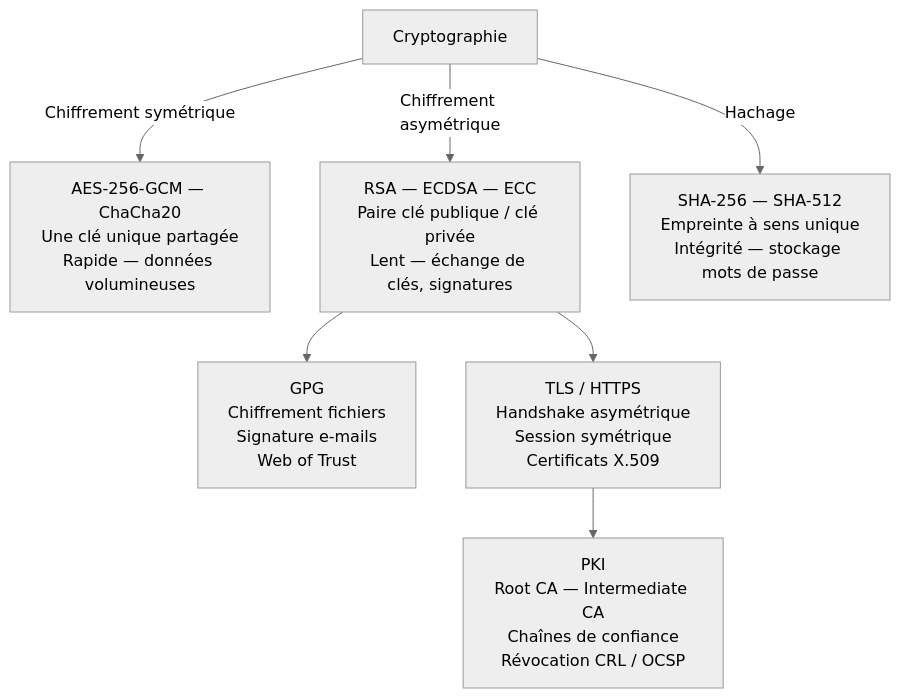
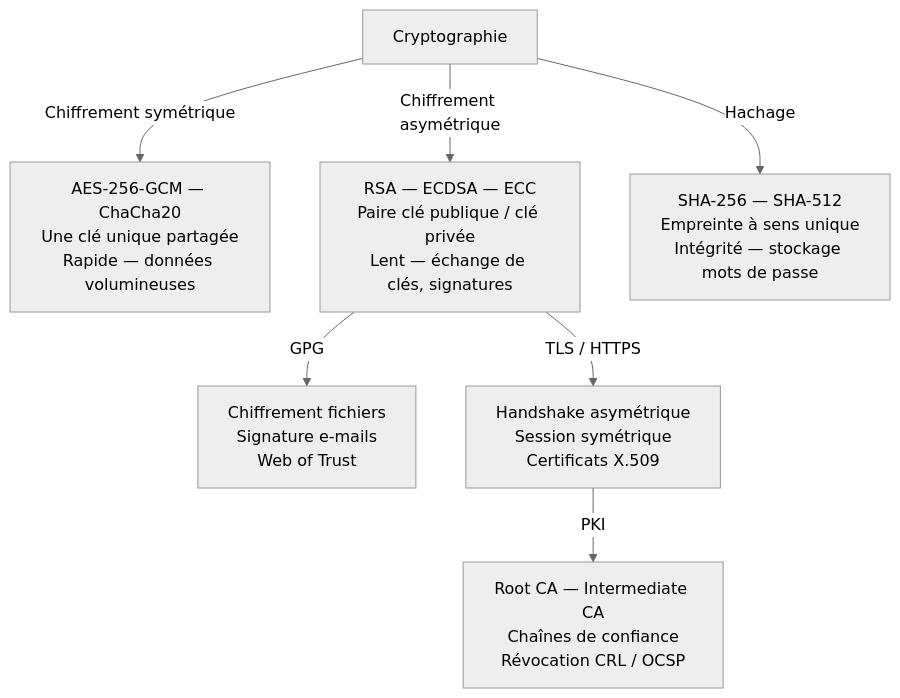
One commit to zyrass/omnydocs changed the first of 2 diagrams in docs/bases/crypto/index.md. Above: the diagram before and after it, drawn with Mermaid (neutral theme). The commit also changed other lines of this file and 1077 other files, not shown here.

````diff
--- a/docs/bases/crypto/index.md
+++ b/docs/bases/crypto/index.md
@@ -50,12 +50,12 @@
 ```mermaid
 flowchart TB
     Crypto["Cryptographie"]
 
     Crypto -->|Chiffrement symétrique| Sym["AES-256-GCM — ChaCha20<br />Une clé unique partagée<br />Rapide — données volumineuses"]
     Crypto -->|Chiffrement asymétrique| Asym["RSA — ECDSA — ECC<br />Paire clé publique / clé privée<br />Lent — échange de clés, signatures"]
     Crypto -->|Hachage| Hash["SHA-256 — SHA-512<br />Empreinte à sens unique<br />Intégrité — stockage mots de passe"]
 
-    Asym --> GPG["GPG<br />Chiffrement fichiers<br />Signature e-mails<br />Web of Trust"]
-    Asym --> TLS["TLS / HTTPS<br />Handshake asymétrique<br />Session symétrique<br />Certificats X.509"]
-    TLS --> PKI["PKI<br />Root CA — Intermediate CA<br />Chaînes de confiance<br />Révocation CRL / OCSP"]
+    Asym -->|GPG| GPG["Chiffrement fichiers<br />Signature e-mails<br />Web of Trust"]
+    Asym -->|TLS / HTTPS| TLS["Handshake asymétrique<br />Session symétrique<br />Certificats X.509"]
+    TLS -->|PKI| PKI["Root CA — Intermediate CA<br />Chaînes de confiance<br />Révocation CRL / OCSP"]
 ```
````
